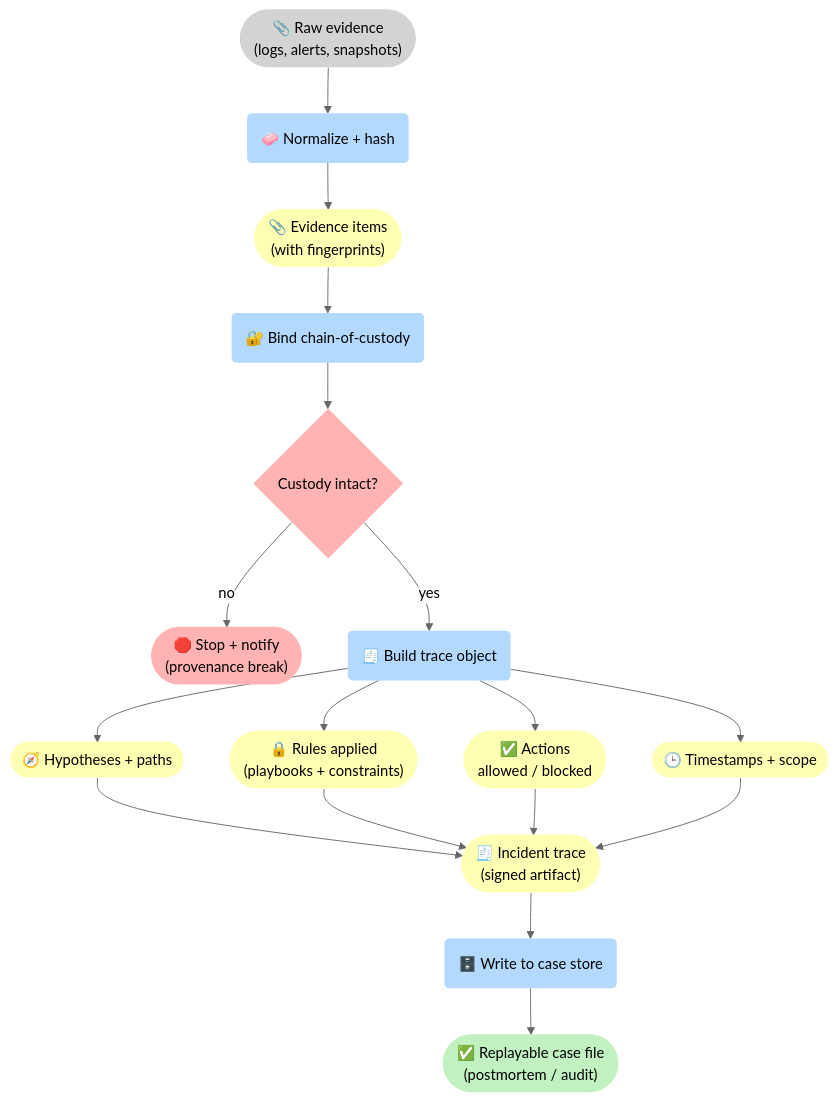
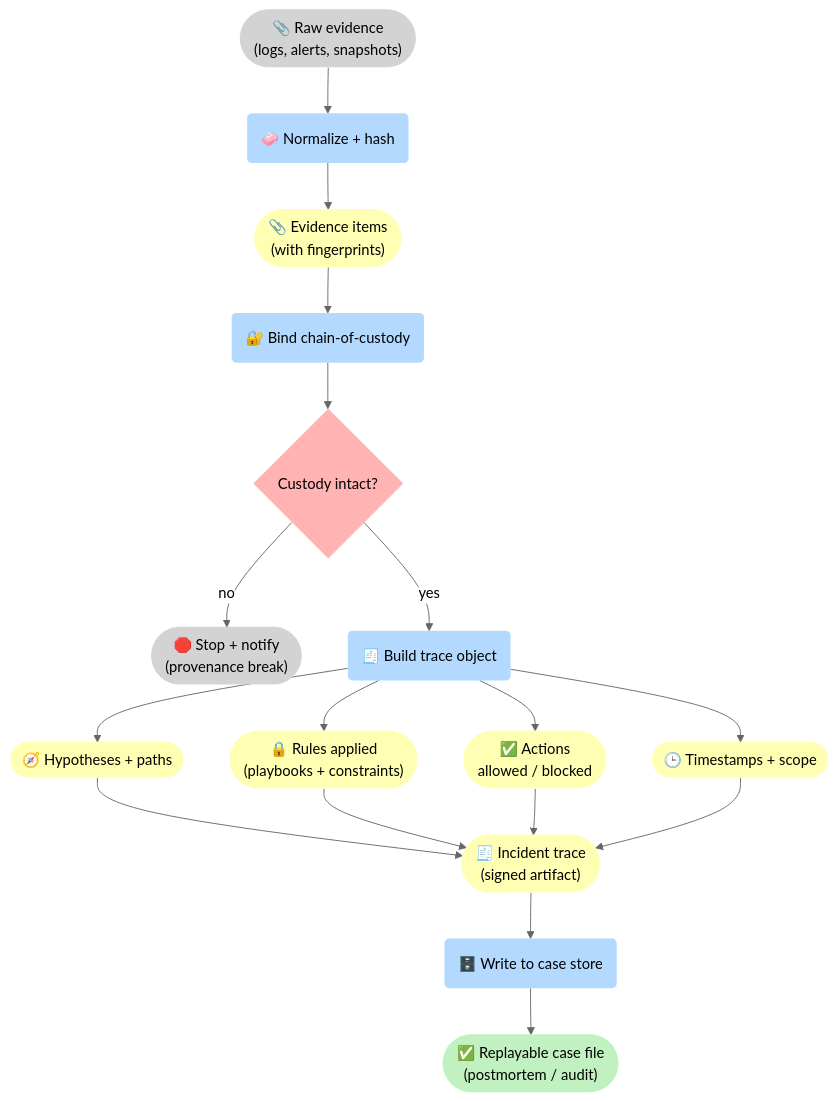
Before and after one commit to 5Reasons/5reasons.github.io: the second of 3 diagrams in docs/case-studies/cybersecurity.md, drawn with Mermaid (neutral theme). The commit also changed other lines of this file and 14 other files, not shown here.

First line of the commit message:
Refactor diagrams and improve clarity in blog posts and case studies

````diff
--- a/docs/case-studies/cybersecurity.md
+++ b/docs/case-studies/cybersecurity.md
@@ -130,45 +130,45 @@
 ```mermaid
 flowchart TB
 %% Styles (brModel Standard)
 classDef i fill:#D3D3D3,stroke-width:0px,color:#000;
 classDef p fill:#B3D9FF,stroke-width:0px,color:#000;
 classDef r fill:#FFFFB3,stroke-width:0px,color:#000;
 classDef o fill:#C1F0C1,stroke-width:0px,color:#000;
 classDef s fill:#FFB3B3,stroke-width:0px,color:#000;
 
 I_Ev(["📎 Raw evidence<br>(logs, alerts, snapshots)"]):::i
 P_Norm("🧼 Normalize + hash"):::p
 R_Ev(["📎 Evidence items<br>(with fingerprints)"]):::r
 
 P_Cust("🔐 Bind chain-of-custody"):::p
 G_Cust{"Custody intact?"}:::s
-S_Stop(["🛑 Stop + notify<br>(provenance break)"]):::s
+S_Stop(["🛑 Stop + notify<br>(provenance break)"]):::i
 
 P_Build("🧾 Build trace object"):::p
 R_H(["🧭 Hypotheses + paths"]):::r
 R_RU(["🔒 Rules applied<br>(playbooks + constraints)"]):::r
 R_AC(["✅ Actions<br>allowed / blocked"]):::r
 R_TS(["🕒 Timestamps + scope"]):::r
 R_T(["🧾 Incident trace<br>(signed artifact)"]):::r
 
 P_Store("🗄️ Write to case store"):::p
 O_Case(["✅ Replayable case file<br>(postmortem / audit)"]):::o
 
 I_Ev --> P_Norm --> R_Ev --> P_Cust --> G_Cust
 G_Cust -->|"no"| S_Stop
 G_Cust -->|"yes"| P_Build
 
 P_Build --> R_H
 P_Build --> R_RU
 P_Build --> R_AC
 P_Build --> R_TS
 R_H --> R_T
 R_RU --> R_T
 R_AC --> R_T
 R_TS --> R_T
 
 R_T --> P_Store --> O_Case
 
 %% Clickable nodes
 click R_T "/methodology/brcausalgraphrag/" "Trace objects"
 ```
````
